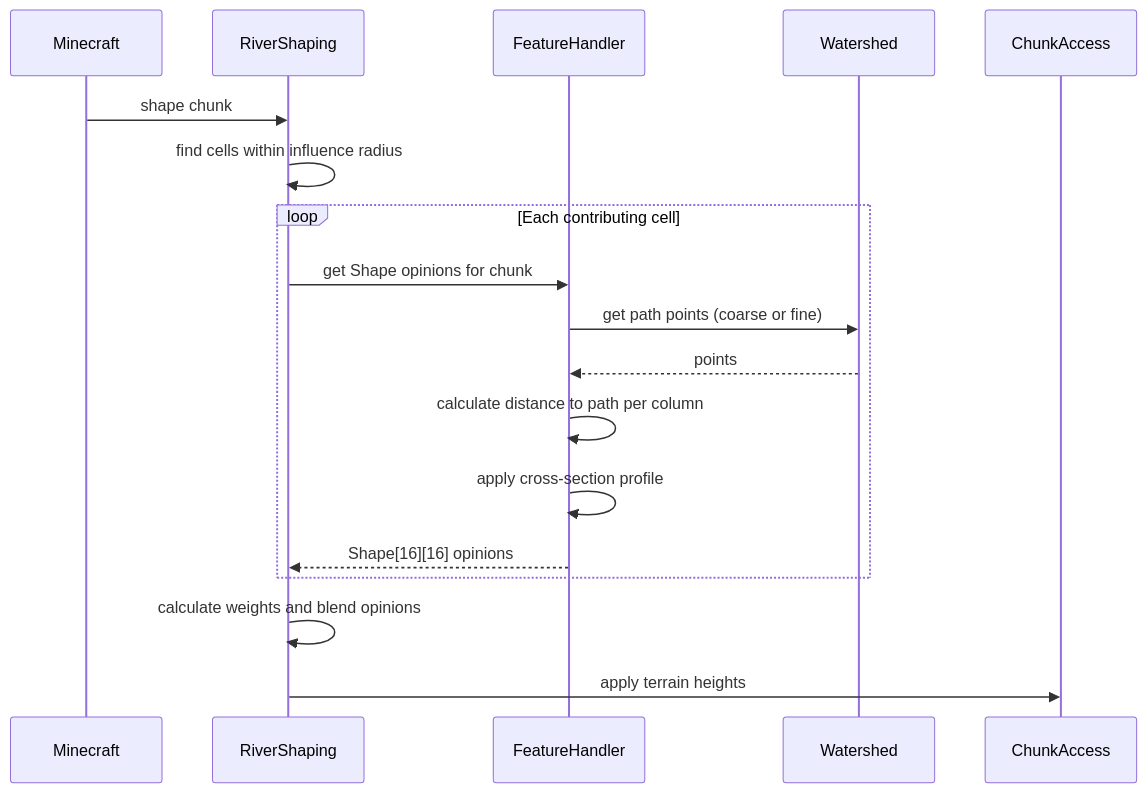
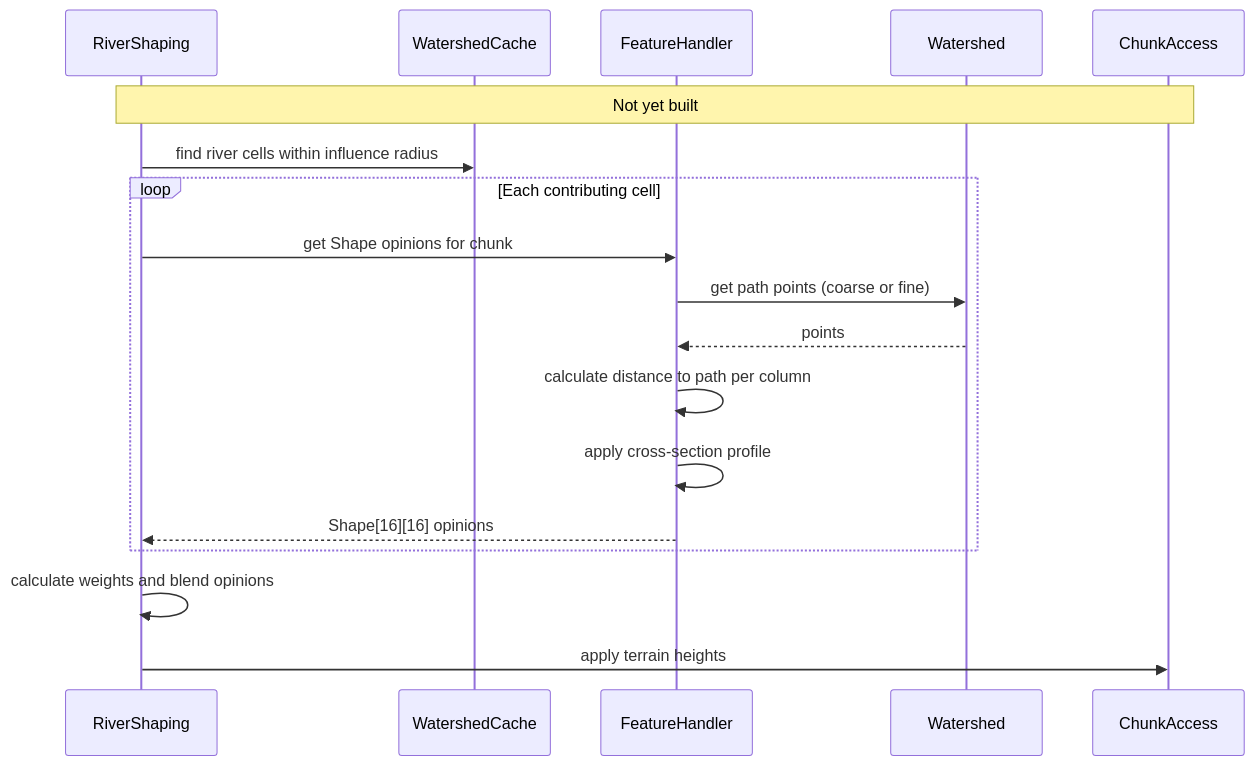
Before and after one commit to SoSly/RiverTale: diagram 20 of 22 in docs/features/rivers/Rough Diagrams.md, drawn with Mermaid. The commit also changed other lines of this file and 33 other files, not shown here.

Commit message:
docs: replace stale feature docs with an accurate rough diagrams map

````diff
--- a/docs/features/rivers/Rough Diagrams.md
+++ b/docs/features/rivers/Rough Diagrams.md
@@ -506,24 +644,24 @@
 ```mermaid
 sequenceDiagram
-    participant Minecraft
     participant RiverShaping
+    participant WatershedCache
     participant FeatureHandler
     participant Watershed
     participant ChunkAccess
 
-    Minecraft ->> RiverShaping: shape chunk
+    Note over RiverShaping,ChunkAccess: Not yet built
 
-    RiverShaping ->> RiverShaping: find cells within influence radius
+    RiverShaping ->> WatershedCache: find river cells within influence radius
 
     loop Each contributing cell
         RiverShaping ->> FeatureHandler: get Shape opinions for chunk
         FeatureHandler ->> Watershed: get path points (coarse or fine)
         Watershed -->> FeatureHandler: points
         FeatureHandler ->> FeatureHandler: calculate distance to path per column
         FeatureHandler ->> FeatureHandler: apply cross-section profile
         FeatureHandler -->> RiverShaping: Shape[16][16] opinions
     end
 
     RiverShaping ->> RiverShaping: calculate weights and blend opinions
     RiverShaping ->> ChunkAccess: apply terrain heights
 ```
````
